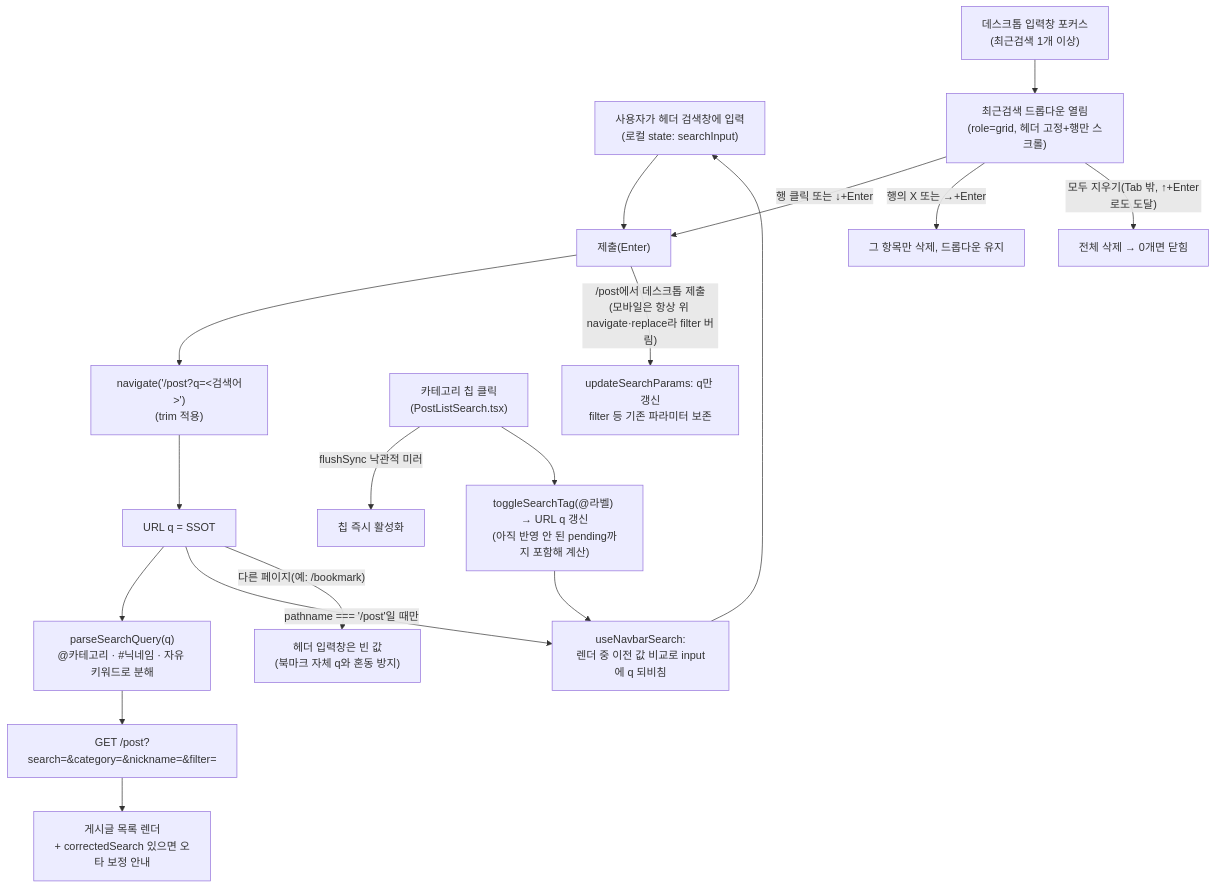
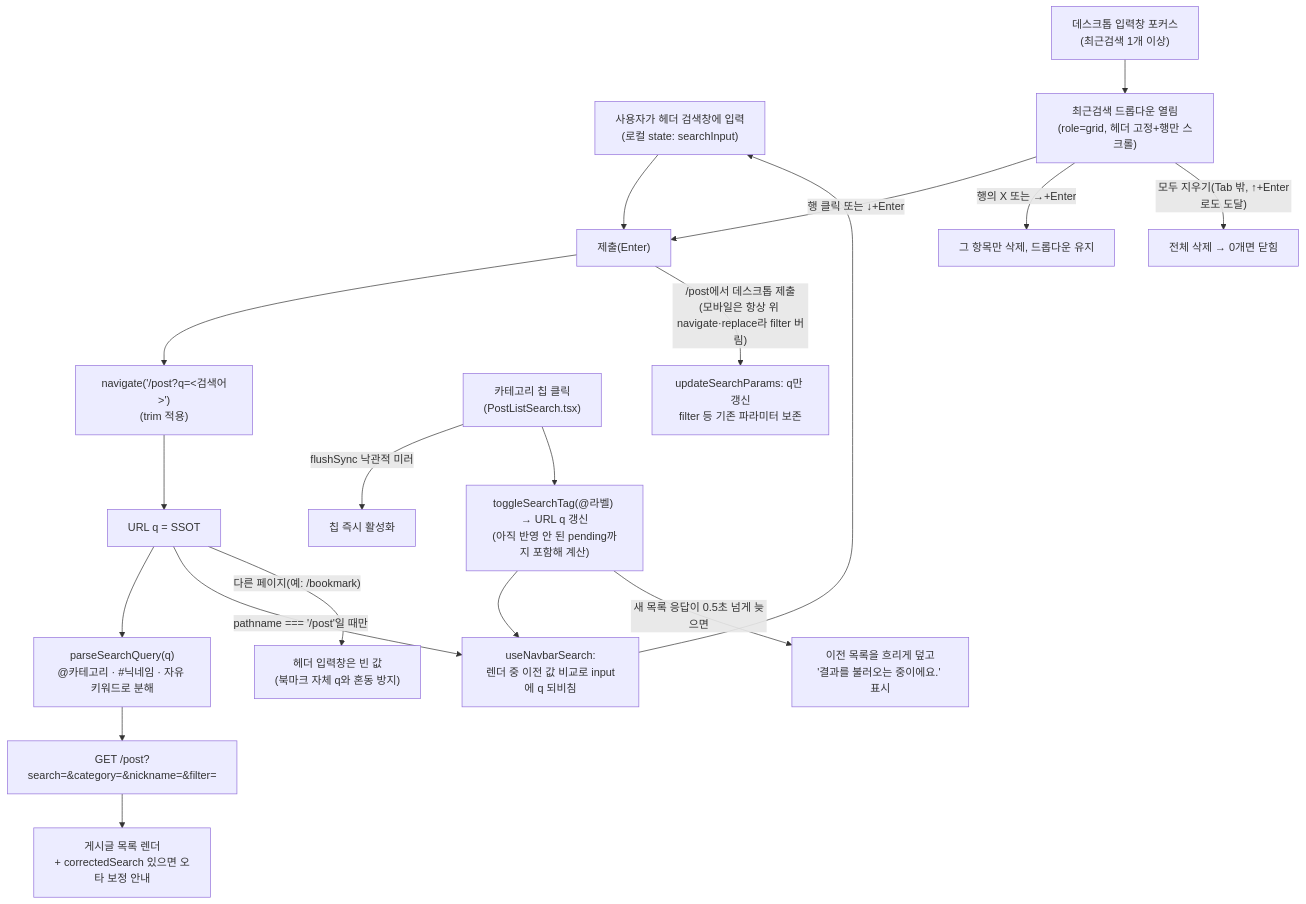
The first of 2 diagrams in docs/SEARCH.md (BAECHAN/link-sphere_FE_NEW), drawn with Mermaid before and after one commit. The commit also changed other lines of this file and 8 other files, not shown here.

First line of the commit message:
feat(post): 필터 응답이 늦으면 이전 목록을 흐리게 하고 불러오는 중 표시 (#390)

````diff
--- a/docs/SEARCH.md
+++ b/docs/SEARCH.md
@@ -27,24 +27,25 @@
 ```mermaid
 flowchart TD
   Type["사용자가 헤더 검색창에 입력<br/>(로컬 state: searchInput)"] --> Submit["제출(Enter)"]
   Submit --> Navigate["navigate('/post?q=&lt;검색어&gt;')<br/>(trim 적용)"]
   Navigate --> URL["URL q = SSOT"]
   URL --> Parse["parseSearchQuery(q)<br/>@카테고리 · #닉네임 · 자유 키워드로 분해"]
   Parse --> API["GET /post?search=&category=&nickname=&filter="]
   API --> Result["게시글 목록 렌더<br/>+ correctedSearch 있으면 오타 보정 안내"]
 
   URL -->|"pathname === '/post'일 때만"| Mirror["useNavbarSearch:<br/>렌더 중 이전 값 비교로 input에 q 되비침"]
   Mirror --> Type
 
   URL -->|"다른 페이지(예: /bookmark)"| Empty["헤더 입력창은 빈 값<br/>(북마크 자체 q와 혼동 방지)"]
 
   ChipClick["카테고리 칩 클릭<br/>(PostListSearch.tsx)"] -->|"flushSync 낙관적 미러"| ChipUI["칩 즉시 활성화"]
   ChipClick --> Navigate2["toggleSearchTag(@라벨) → URL q 갱신<br/>(아직 반영 안 된 pending까지 포함해 계산)"]
   Navigate2 --> Mirror
+  Navigate2 -->|"새 목록 응답이 0.5초 넘게 늦으면"| Applying["이전 목록을 흐리게 덮고<br/>'결과를 불러오는 중이에요.' 표시"]
 
   Focus["데스크톱 입력창 포커스<br/>(최근검색 1개 이상)"] --> Dropdown["최근검색 드롭다운 열림<br/>(role=grid, 헤더 고정+행만 스크롤)"]
   Dropdown -->|"행 클릭 또는 ↓+Enter"| Submit
   Dropdown -->|"행의 X 또는 →+Enter"| RemoveOne["그 항목만 삭제, 드롭다운 유지"]
   Dropdown -->|"모두 지우기(Tab 밖, ↑+Enter로도 도달)"| ClearAll["전체 삭제 → 0개면 닫힘"]
   Submit -->|"/post에서 데스크톱 제출<br/>(모바일은 항상 위 navigate·replace라 filter 버림)"| Preserve["updateSearchParams: q만 갱신<br/>filter 등 기존 파라미터 보존"]
 ```
````
